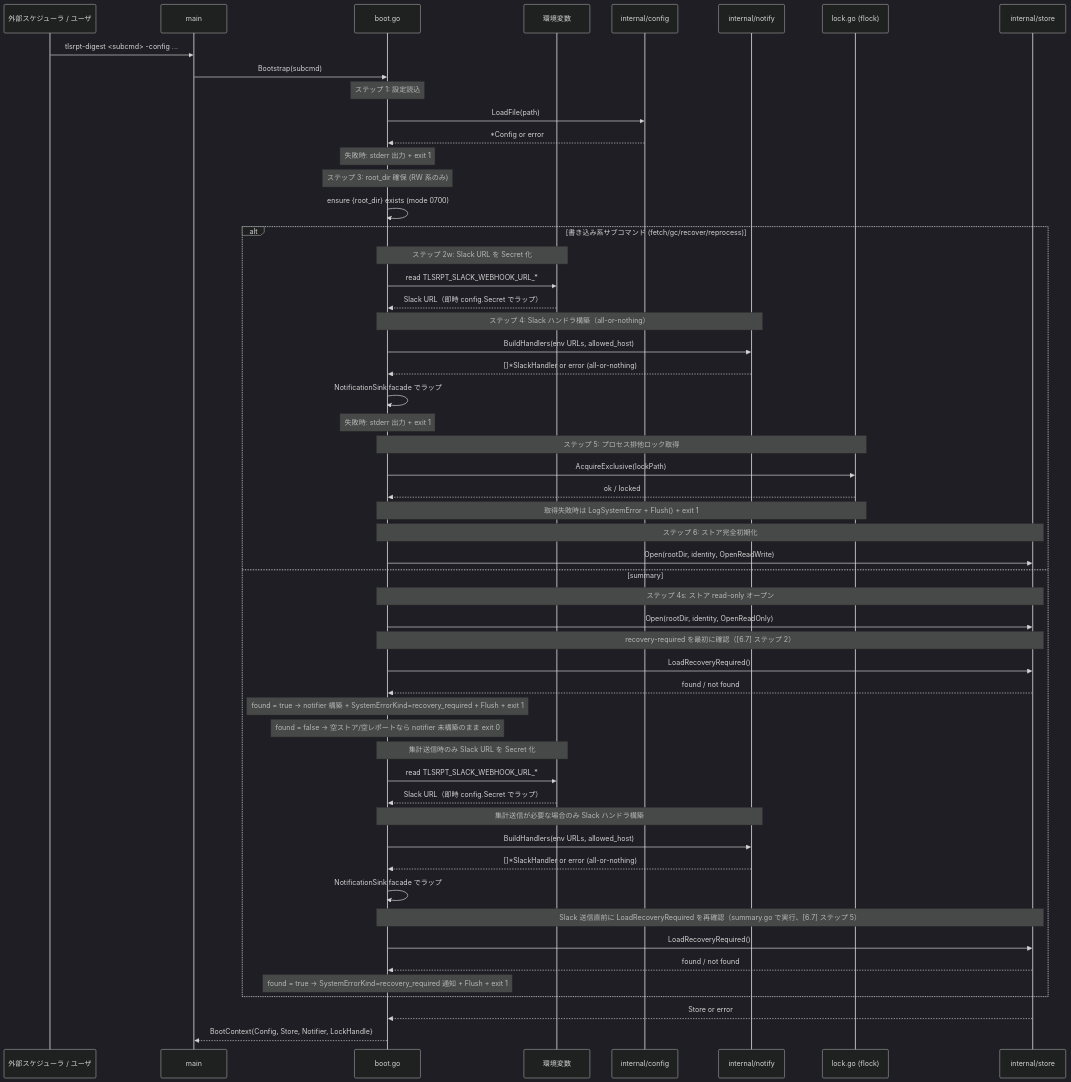
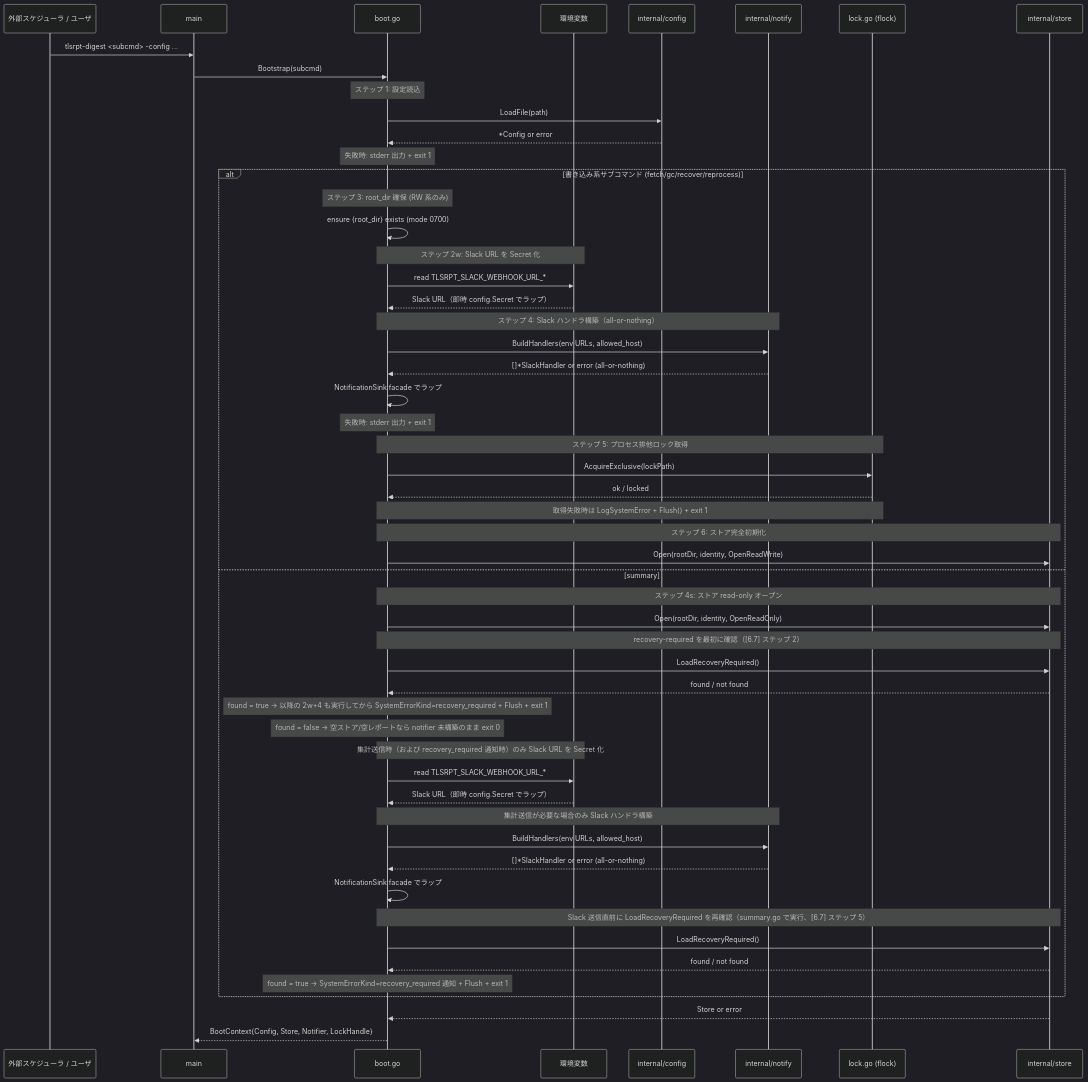
The fifth of 12 diagrams in docs/tasks/0070_entrypoint/02_architecture.md (isseis/tlsrpt-digest), drawn with Mermaid (dark theme) before and after one commit. The commit also changed other lines of this file and 1 other file, not shown here.

Commit message:
docs(task 0070): fix consistency issues found in pass-1 review
Critical:
- 02_arch §2.2: move step-3 root_dir creation inside the alt block for
  write-subcommands; it was syntactically outside the alt, making it
  appear to also run for summary (contradicts §3.4 and AC-10c)

Major:
- 01_req AC-02: add explicit exit code 2 for subcommand parse failures,
  matching §4.1 of architecture and flag-package convention
- 01_req AC-23/AC-23a: reorder so AC-23a (SaveEmailMetas) precedes AC-23
  (SaveReports), matching §6.6 of architecture; add note that both have
  no aggregation dependency

Minor:
- 02_arch §2.2: clarify that found=true at first LoadRecoveryRequired also
  requires env-var reading + BuildHandlers (steps 2w+4) before Flush
- 02_arch §7.1: add AC-07a to summary.go test coverage label
- 02_arch §3.5: annotate cross-task AC-10b reference to clarify it refers
  to task 0060, not this task

````diff
--- a/docs/tasks/0070_entrypoint/02_architecture.md
+++ b/docs/tasks/0070_entrypoint/02_architecture.md
@@ -179,57 +179,57 @@
 ```mermaid
 sequenceDiagram
     participant U as 外部スケジューラ / ユーザ
     participant M as main
     participant B as boot.go
     participant ENV as 環境変数
     participant CFG as internal/config
     participant N as internal/notify
     participant L as lock.go (flock)
     participant S as internal/store
 
     U->>M: tlsrpt-digest <subcmd> -config ...
     M->>B: Bootstrap(subcmd)
     Note over B: ステップ 1: 設定読込
     B->>CFG: LoadFile(path)
     CFG-->>B: *Config or error
     Note over B: 失敗時: stderr 出力 + exit 1
-    Note over B: ステップ 3: root_dir 確保 (RW 系のみ)
-    B->>B: ensure {root_dir} exists (mode 0700)
     alt 書き込み系サブコマンド (fetch/gc/recover/reprocess)
+        Note over B: ステップ 3: root_dir 確保 (RW 系のみ)
+        B->>B: ensure {root_dir} exists (mode 0700)
         Note over B,ENV: ステップ 2w: Slack URL を Secret 化
         B->>ENV: read TLSRPT_SLACK_WEBHOOK_URL_*
         ENV-->>B: Slack URL（即時 config.Secret でラップ）
         Note over B,N: ステップ 4: Slack ハンドラ構築（all-or-nothing）
         B->>N: BuildHandlers(env URLs, allowed_host)
         N-->>B: []*SlackHandler or error (all-or-nothing)
         B->>B: NotificationSink facade でラップ
         Note over B: 失敗時: stderr 出力 + exit 1
         Note over B,L: ステップ 5: プロセス排他ロック取得
         B->>L: AcquireExclusive(lockPath)
         L-->>B: ok / locked
         Note over B,L: 取得失敗時は LogSystemError + Flush() + exit 1
         Note over B,S: ステップ 6: ストア完全初期化
         B->>S: Open(rootDir, identity, OpenReadWrite)
     else summary
         Note over B,S: ステップ 4s: ストア read-only オープン
         B->>S: Open(rootDir, identity, OpenReadOnly)
         Note over B,S: recovery-required を最初に確認（[6.7] ステップ 2）
         B->>S: LoadRecoveryRequired()
         S-->>B: found / not found
-        Note over B: found = true → notifier 構築 + SystemErrorKind=recovery_required + Flush + exit 1
+        Note over B: found = true → 以降の 2w+4 も実行してから SystemErrorKind=recovery_required + Flush + exit 1
         Note over B: found = false → 空ストア/空レポートなら notifier 未構築のまま exit 0
-        Note over B,ENV: 集計送信時のみ Slack URL を Secret 化
+        Note over B,ENV: 集計送信時（および recovery_required 通知時）のみ Slack URL を Secret 化
         B->>ENV: read TLSRPT_SLACK_WEBHOOK_URL_*
         ENV-->>B: Slack URL（即時 config.Secret でラップ）
         Note over B,N: 集計送信が必要な場合のみ Slack ハンドラ構築
         B->>N: BuildHandlers(env URLs, allowed_host)
         N-->>B: []*SlackHandler or error (all-or-nothing)
         B->>B: NotificationSink facade でラップ
         Note over B,S: Slack 送信直前に LoadRecoveryRequired を再確認（summary.go で実行、[6.7] ステップ 5）
         B->>S: LoadRecoveryRequired()
         S-->>B: found / not found
         Note over B: found = true → SystemErrorKind=recovery_required 通知 + Flush + exit 1
     end
     S-->>B: Store or error
     B-->>M: BootContext{Config, Store, Notifier, LockHandle}
 ```
````
